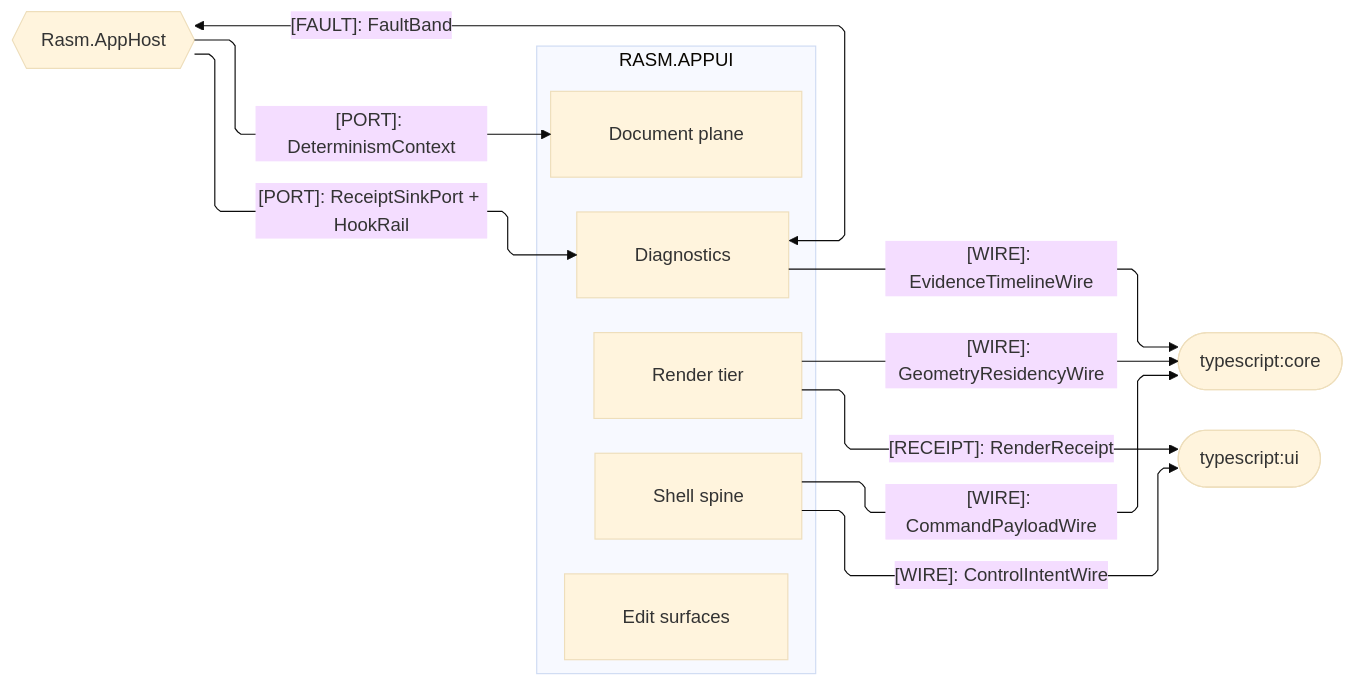
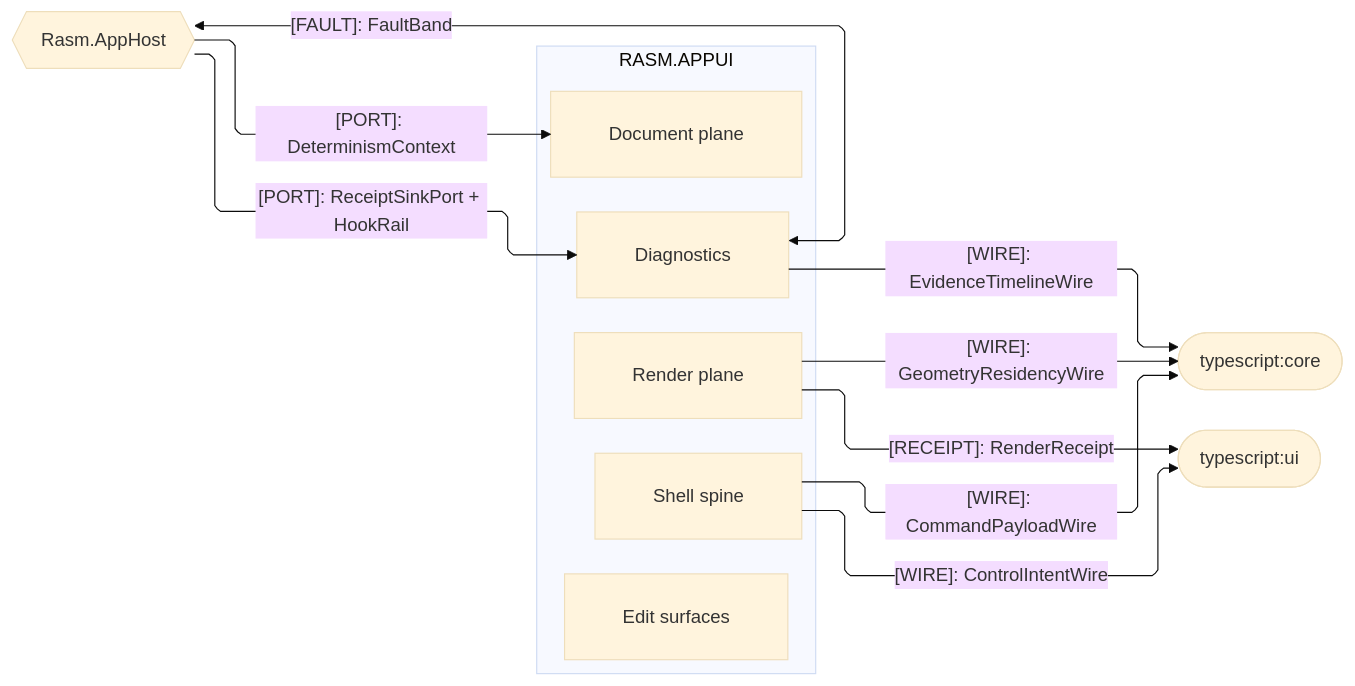
The third of 3 diagrams in libs/csharp/Rasm.AppUi/ARCHITECTURE.md (bsamiee/Rasm), drawn with Mermaid (base theme) before and after one commit. The commit also changed other lines of this file and 383 other files, not shown here.

````diff
--- a/libs/csharp/Rasm.AppUi/ARCHITECTURE.md
+++ b/libs/csharp/Rasm.AppUi/ARCHITECTURE.md
@@ -161,30 +164,30 @@
 ```mermaid
 ---
 config:
   layout: elk
   flowchart:
     curve: linear
     padding: 25
 ---
 flowchart LR
     accTitle: AppUi platform-host and cross-runtime wire seams
     accDescr: AppUi shell, render, editing, document, and diagnostics owners exchanging command, residency, and evidence wires, render receipts, determinism and receipt-hook ports, and the fault-band adjacency with the app host and the TypeScript core and viewer peers.
     subgraph appui[RASM.APPUI]
         Shell[Shell spine]
-        Render[Render tier]
+        Render[Render plane]
         Editing[Edit surfaces]
         Document[Document plane]
         Diagnostics[Diagnostics]
     end
     AppHost{{Rasm.AppHost}}
     Core([typescript:core])
     Ui([typescript:ui])
     Shell -->|"[WIRE]: CommandPayloadWire"| Core
     Render -->|"[WIRE]: GeometryResidencyWire"| Core
     Diagnostics -->|"[WIRE]: EvidenceTimelineWire"| Core
     Shell -->|"[WIRE]: ControlIntentWire"| Ui
     Render -->|"[RECEIPT]: RenderReceipt"| Ui
     AppHost -->|"[PORT]: DeterminismContext"| Document
     Diagnostics <-->|"[FAULT]: FaultBand"| AppHost
     AppHost -->|"[PORT]: ReceiptSinkPort + HookRail"| Diagnostics
 ```
````
